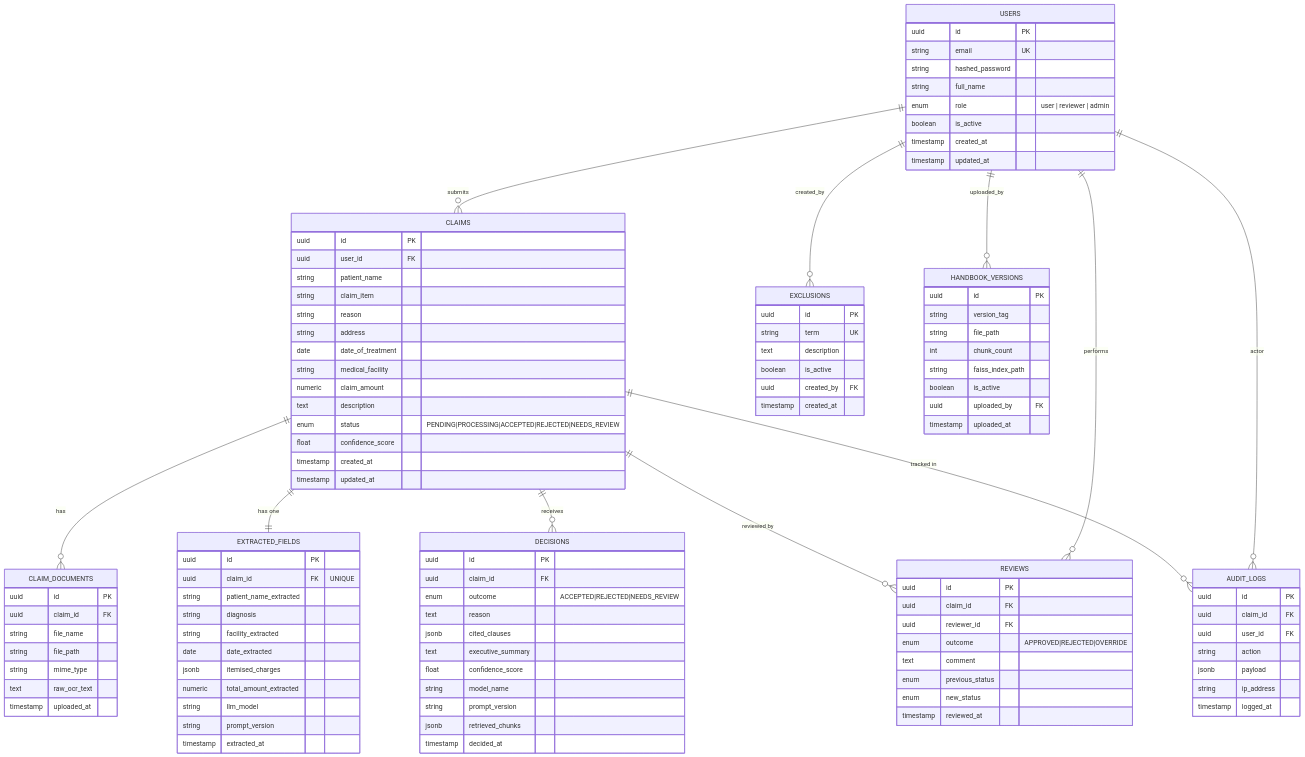
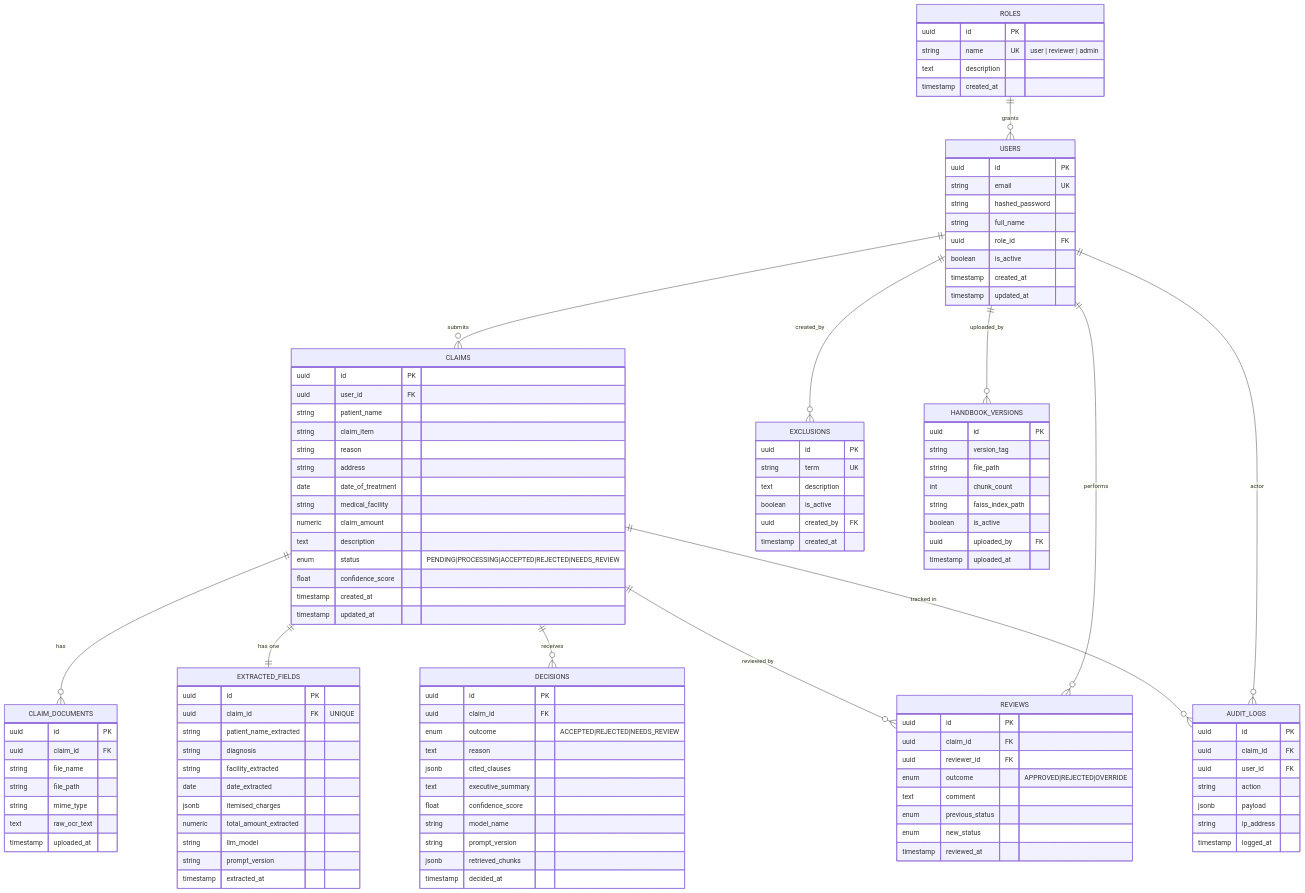
Before and after one commit to VedantSinngh/claimTracker: the diagram in claimtracker/docs/ER_DIAGRAM.md, drawn with Mermaid. The commit also changed other lines of this file and 4 other files, not shown here.

First line of the commit message:
docs: record the 3NF rationale, the roles ER change and known issues

````diff
--- a/claimtracker/docs/ER_DIAGRAM.md
+++ b/claimtracker/docs/ER_DIAGRAM.md
@@ -3,11 +3,18 @@
 ```mermaid
 erDiagram
+    ROLES {
+        uuid id PK
+        string name UK "user | reviewer | admin"
+        text description
+        timestamp created_at
+    }
+
     USERS {
         uuid id PK
         string email UK
         string hashed_password
         string full_name
-        enum role "user | reviewer | admin"
+        uuid role_id FK
         boolean is_active
         timestamp created_at
         timestamp updated_at
@@ -109,6 +116,7 @@
         timestamp logged_at
     }
 
+    ROLES ||--o{ USERS : "grants"
     USERS ||--o{ CLAIMS : "submits"
     CLAIMS ||--o{ CLAIM_DOCUMENTS : "has"
     CLAIMS ||--|| EXTRACTED_FIELDS : "has one"
````
